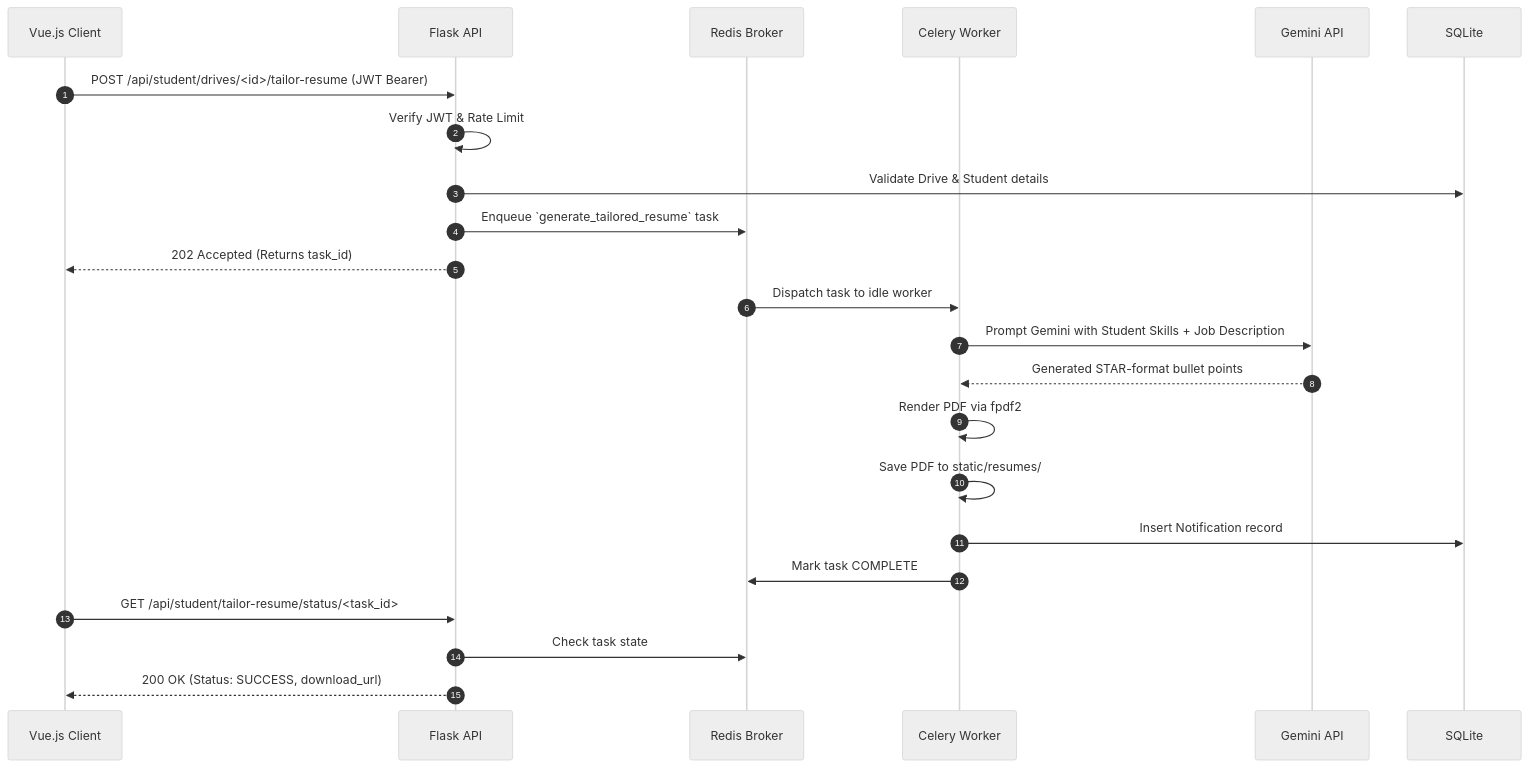
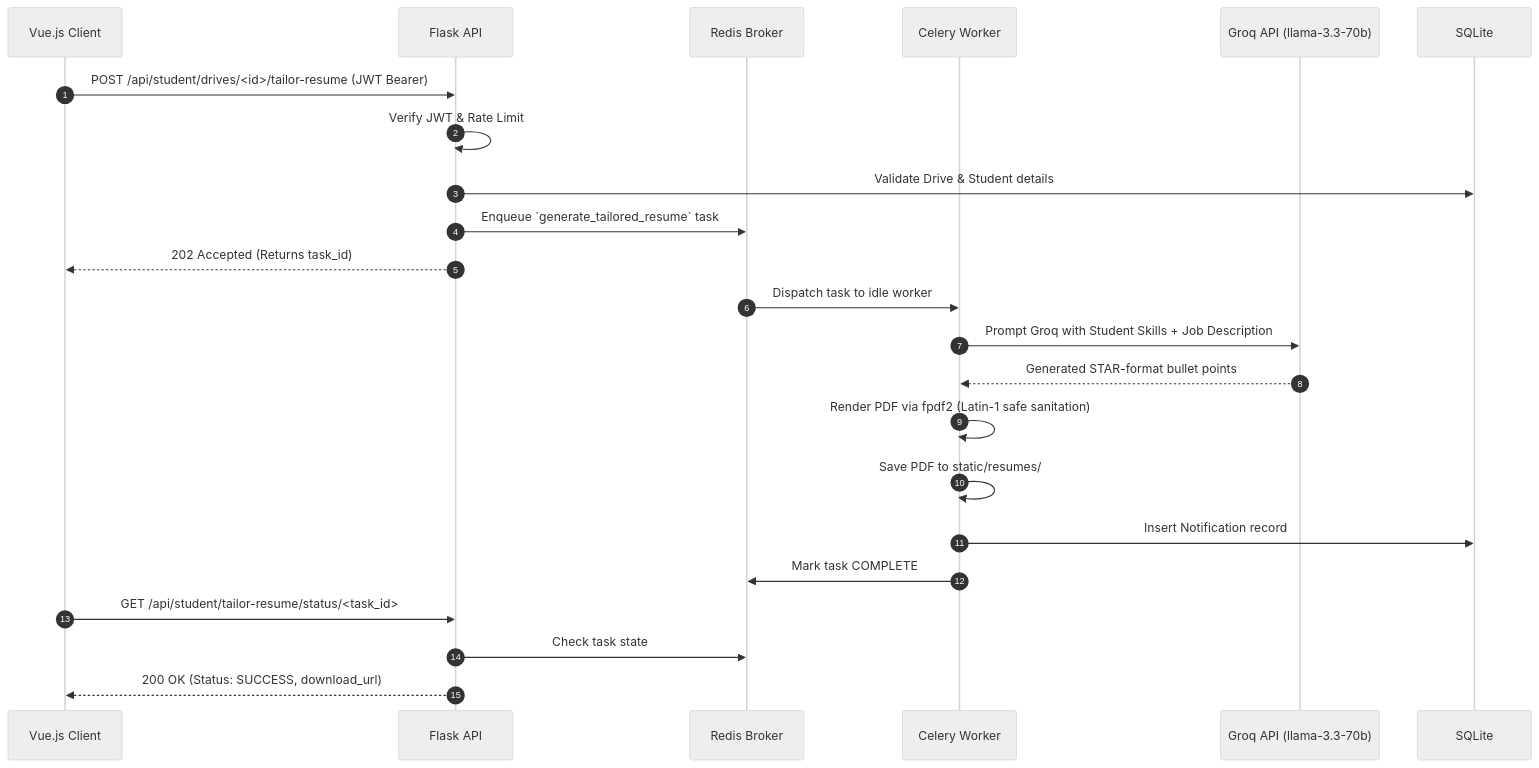
Before and after one commit to archi829/pp-2: the second of 4 diagrams in README.md, drawn with Mermaid (neutral theme). The commit also changed other lines of this file, not shown here.

````diff
--- a/README.md
+++ b/README.md
@@ -136,28 +150,28 @@
 ```mermaid
 sequenceDiagram
     autonumber
     participant C as Vue.js Client
     participant F as Flask API
     participant R as Redis Broker
     participant W as Celery Worker
-    participant G as Gemini API
+    participant G as Groq API (llama-3.3-70b)
     participant DB as SQLite
 
     C->>F: POST /api/student/drives/<id>/tailor-resume (JWT Bearer)
     F->>F: Verify JWT & Rate Limit
     F->>DB: Validate Drive & Student details
     F->>R: Enqueue `generate_tailored_resume` task
     F-->>C: 202 Accepted (Returns task_id)
     
     R->>W: Dispatch task to idle worker
-    W->>G: Prompt Gemini with Student Skills + Job Description
+    W->>G: Prompt Groq with Student Skills + Job Description
     G-->>W: Generated STAR-format bullet points
-    W->>W: Render PDF via fpdf2
+    W->>W: Render PDF via fpdf2 (Latin-1 safe sanitation)
     W->>W: Save PDF to static/resumes/
     W->>DB: Insert Notification record
     W->>R: Mark task COMPLETE
     
     C->>F: GET /api/student/tailor-resume/status/<task_id>
     F->>R: Check task state
     F-->>C: 200 OK (Status: SUCCESS, download_url)
 ```
````
